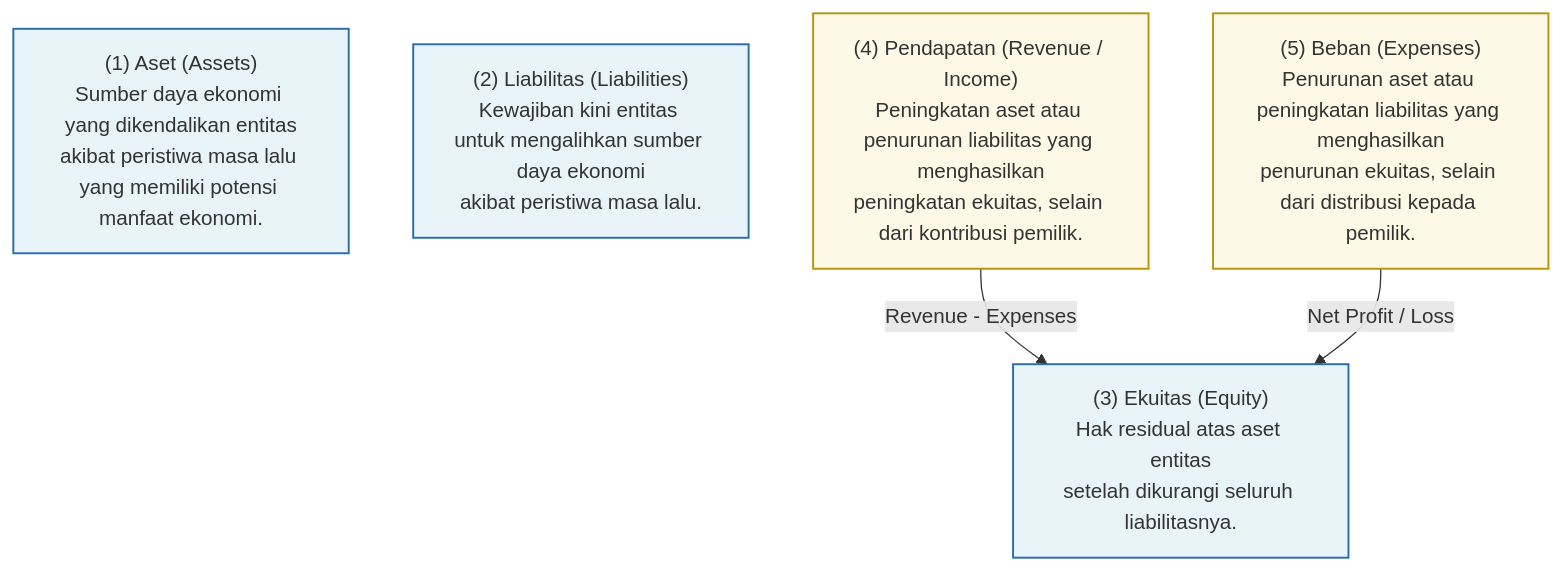
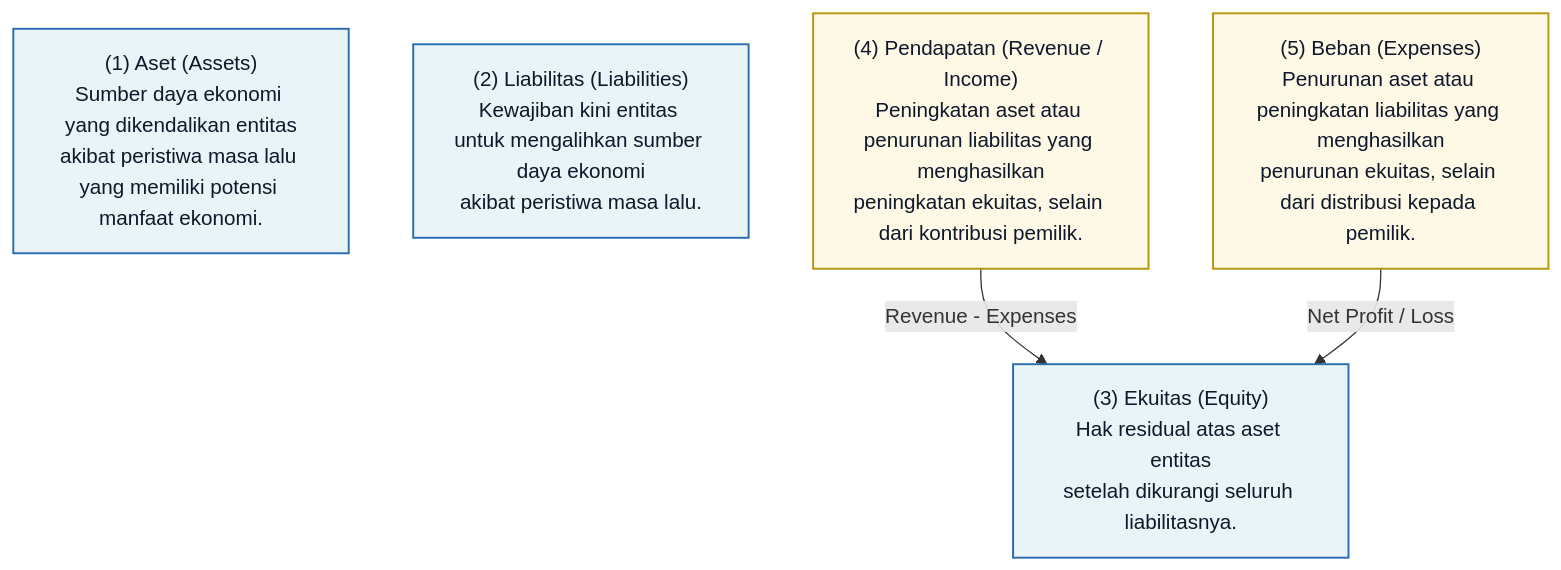
Before and after one commit to alimurrofid/erp-notes: the first of 2 diagrams in content/02-accounting/accounting-fundamentals.md, drawn with Mermaid. The commit also changed 15 other files, not shown here.

Commit message:
fix(content):Mermaid classDef darkmode text color

````diff
--- a/content/02-accounting/accounting-fundamentals.md
+++ b/content/02-accounting/accounting-fundamentals.md
@@ -44,18 +44,18 @@
 ```mermaid
 flowchart TD
     Asset["(1) Aset (Assets)<br/>Sumber daya ekonomi yang dikendalikan entitas<br/>akibat peristiwa masa lalu yang memiliki potensi manfaat ekonomi."]
     Liab["(2) Liabilitas (Liabilities)<br/>Kewajiban kini entitas untuk mengalihkan sumber daya ekonomi<br/>akibat peristiwa masa lalu."]
     Eq["(3) Ekuitas (Equity)<br/>Hak residual atas aset entitas<br/>setelah dikurangi seluruh liabilitasnya."]
 
     Rev["(4) Pendapatan (Revenue / Income)<br/>Peningkatan aset atau penurunan liabilitas yang menghasilkan<br/>peningkatan ekuitas, selain dari kontribusi pemilik."]
     Exp["(5) Beban (Expenses)<br/>Penurunan aset atau peningkatan liabilitas yang menghasilkan<br/>penurunan ekuitas, selain dari distribusi kepada pemilik."]
 
     Rev -->|Revenue - Expenses| Eq
     Exp -->|Net Profit / Loss| Eq
 
-    classDef bs fill:#e8f4f8,stroke:#2b6cb0,stroke-width:1.5px;
-    classDef pl fill:#fef9e7,stroke:#b7950b,stroke-width:1.5px;
+    classDef bs fill:#e8f4f8,stroke:#2b6cb0,stroke-width:1.5px,color:#0f172a;
+    classDef pl fill:#fef9e7,stroke:#b7950b,stroke-width:1.5px,color:#0f172a;
 
     class Asset,Liab,Eq bs;
     class Rev,Exp pl;
 ```
````
